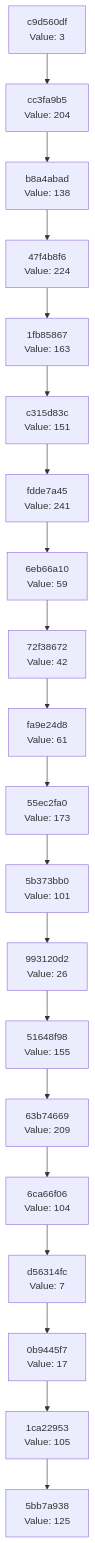
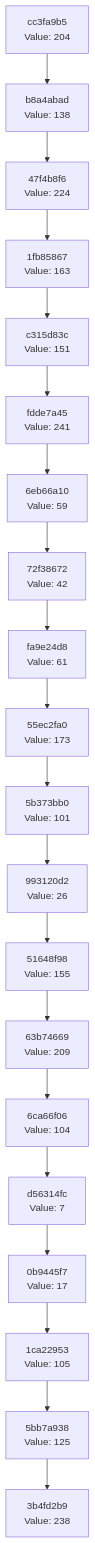
The diagram in docs/CHAIN_VISUALIZATION.md (Abhisheksinha1506/hash-chain-evolver), drawn with Mermaid before and after one commit. The commit also changed 3 other files, not shown here.

````diff
--- a/docs/CHAIN_VISUALIZATION.md
+++ b/docs/CHAIN_VISUALIZATION.md
@@ -3,42 +3,42 @@
 ```mermaid
 graph TD
-    C0["5bb7a938<br/>Value: 125"]
-    C1["1ca22953<br/>Value: 105"]
+    C0["3b4fd2b9<br/>Value: 238"]
+    C1["5bb7a938<br/>Value: 125"]
     C1 --> C0
-    C2["0b9445f7<br/>Value: 17"]
+    C2["1ca22953<br/>Value: 105"]
     C2 --> C1
-    C3["d56314fc<br/>Value: 7"]
+    C3["0b9445f7<br/>Value: 17"]
     C3 --> C2
-    C4["6ca66f06<br/>Value: 104"]
+    C4["d56314fc<br/>Value: 7"]
     C4 --> C3
-    C5["63b74669<br/>Value: 209"]
+    C5["6ca66f06<br/>Value: 104"]
     C5 --> C4
-    C6["51648f98<br/>Value: 155"]
+    C6["63b74669<br/>Value: 209"]
     C6 --> C5
-    C7["993120d2<br/>Value: 26"]
+    C7["51648f98<br/>Value: 155"]
     C7 --> C6
-    C8["5b373bb0<br/>Value: 101"]
+    C8["993120d2<br/>Value: 26"]
     C8 --> C7
-    C9["55ec2fa0<br/>Value: 173"]
+    C9["5b373bb0<br/>Value: 101"]
     C9 --> C8
-    C10["fa9e24d8<br/>Value: 61"]
+    C10["55ec2fa0<br/>Value: 173"]
     C10 --> C9
-    C11["72f38672<br/>Value: 42"]
+    C11["fa9e24d8<br/>Value: 61"]
     C11 --> C10
-    C12["6eb66a10<br/>Value: 59"]
+    C12["72f38672<br/>Value: 42"]
     C12 --> C11
-    C13["fdde7a45<br/>Value: 241"]
+    C13["6eb66a10<br/>Value: 59"]
     C13 --> C12
-    C14["c315d83c<br/>Value: 151"]
+    C14["fdde7a45<br/>Value: 241"]
     C14 --> C13
-    C15["1fb85867<br/>Value: 163"]
+    C15["c315d83c<br/>Value: 151"]
     C15 --> C14
-    C16["47f4b8f6<br/>Value: 224"]
+    C16["1fb85867<br/>Value: 163"]
     C16 --> C15
-    C17["b8a4abad<br/>Value: 138"]
+    C17["47f4b8f6<br/>Value: 224"]
     C17 --> C16
-    C18["cc3fa9b5<br/>Value: 204"]
+    C18["b8a4abad<br/>Value: 138"]
     C18 --> C17
-    C19["c9d560df<br/>Value: 3"]
+    C19["cc3fa9b5<br/>Value: 204"]
     C19 --> C18
 ```
````
